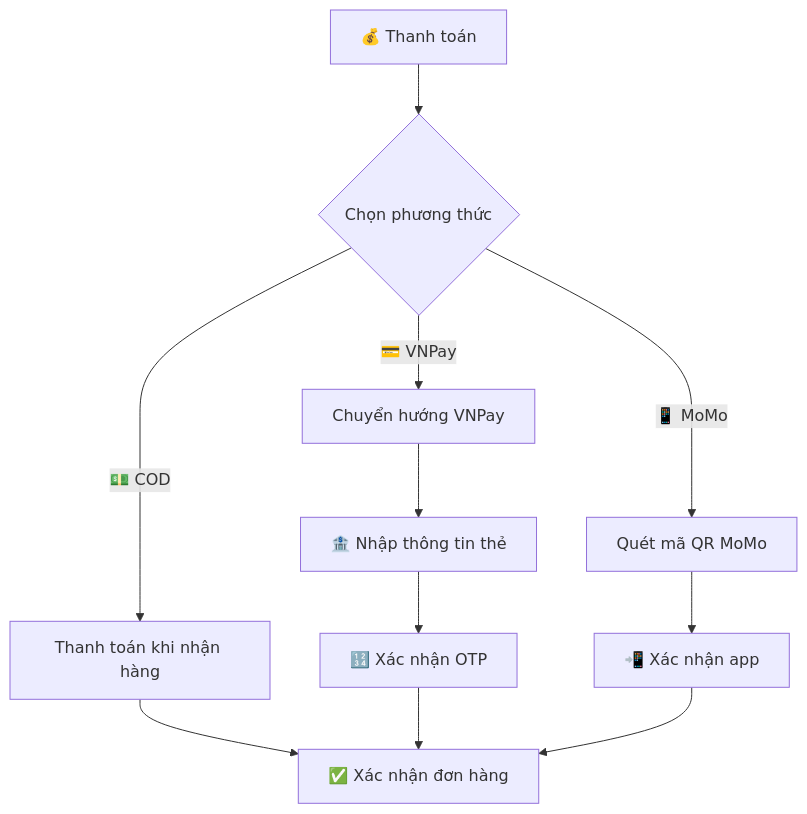
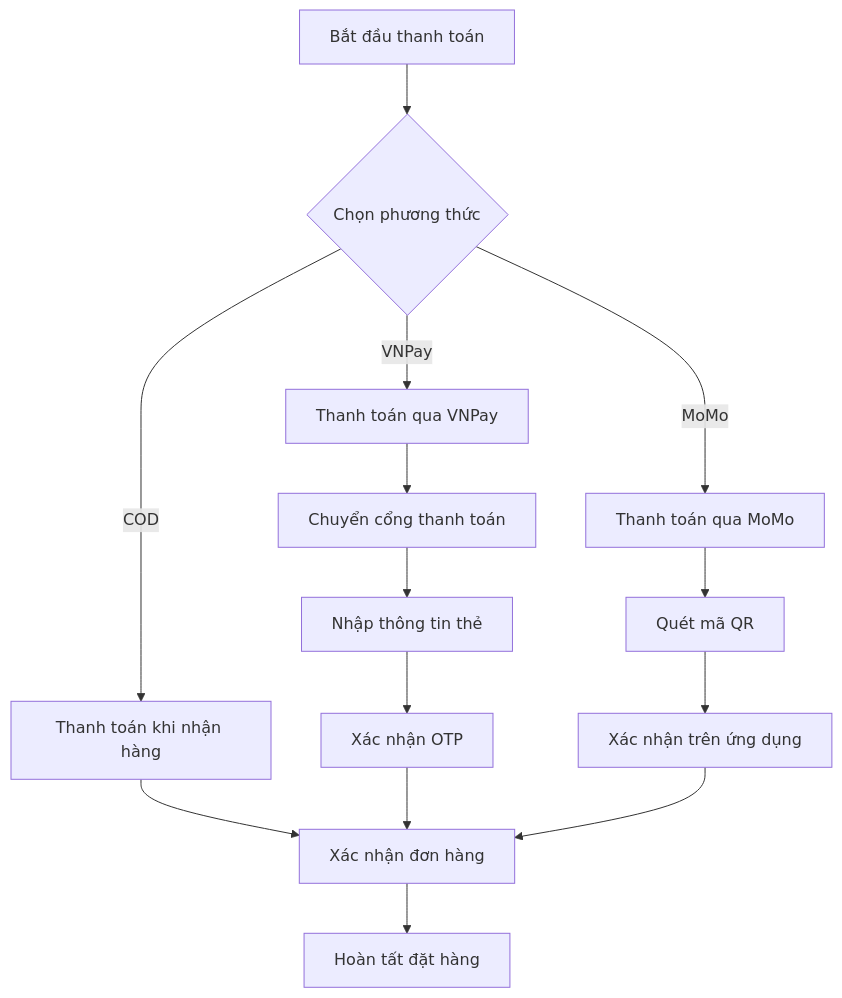
The third of 17 diagrams in README.md (toantran00/BTTH_12), drawn with Mermaid before and after one commit. The commit also changed other lines of this file, not shown here.

````diff
--- a/README.md
+++ b/README.md
@@ -106,13 +142,16 @@
 ```mermaid
-flowchart TD
-    A[💰 Thanh toán] --> B{Chọn phương thức}
-    B -->|💵 COD| C[Thanh toán khi nhận hàng]
-    B -->|💳 VNPay| D[Chuyển hướng VNPay]
-    B -->|📱 MoMo| E[Quét mã QR MoMo]
-    C --> F[✅ Xác nhận đơn hàng]
-    D --> G[🏦 Nhập thông tin thẻ]
-    G --> H[🔢 Xác nhận OTP]
-    H --> F
-    E --> I[📲 Xác nhận app]
+graph TD
+    A[Bắt đầu thanh toán] --> B{Chọn phương thức}
+    B -->|COD| C[Thanh toán khi nhận hàng]
+    B -->|VNPay| D[Thanh toán qua VNPay]
+    B -->|MoMo| E[Thanh toán qua MoMo]
+    C --> F[Xác nhận đơn hàng]
+    D --> G[Chuyển cổng thanh toán]
+    G --> H[Nhập thông tin thẻ]
+    H --> I[Xác nhận OTP]
+    E --> J[Quét mã QR]
+    J --> K[Xác nhận trên ứng dụng]
     I --> F
+    K --> F
+    F --> L[Hoàn tất đặt hàng]
 ```
````
